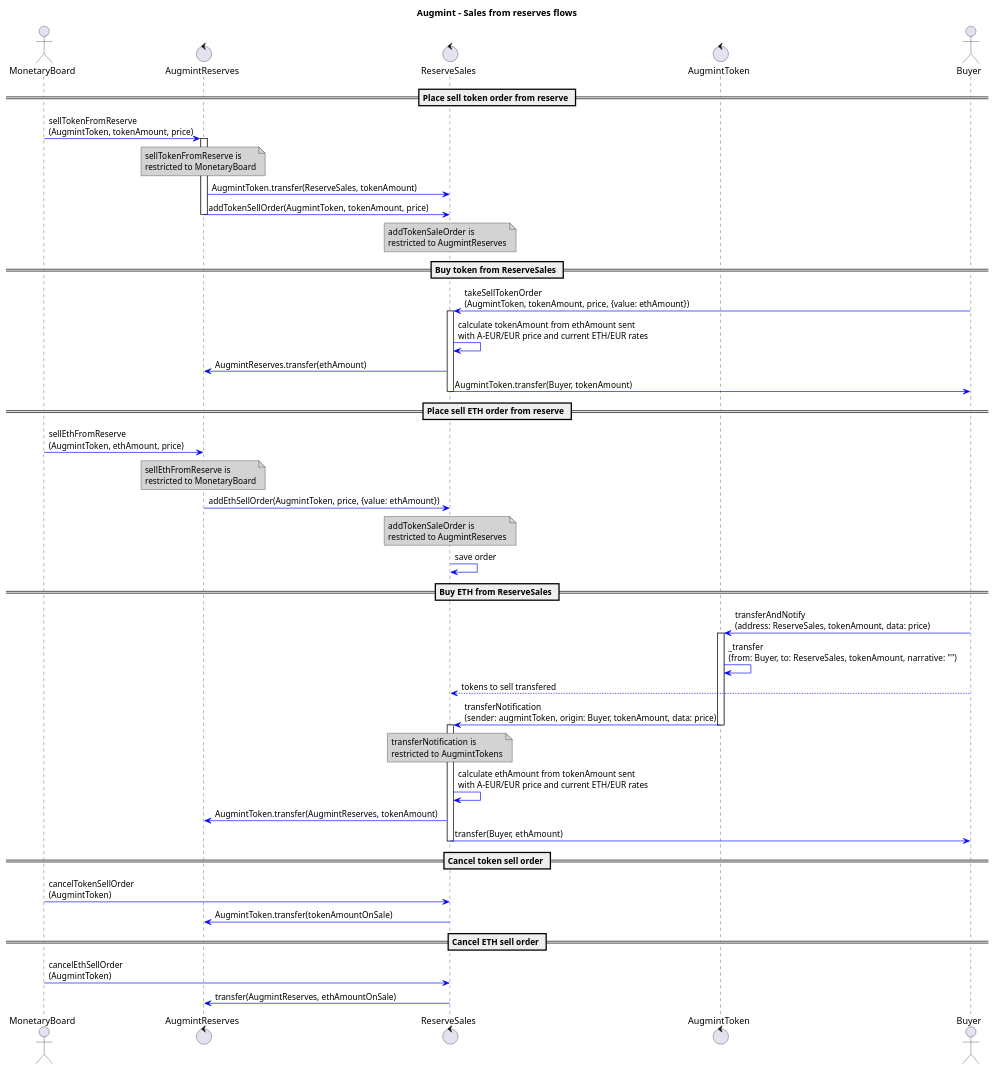
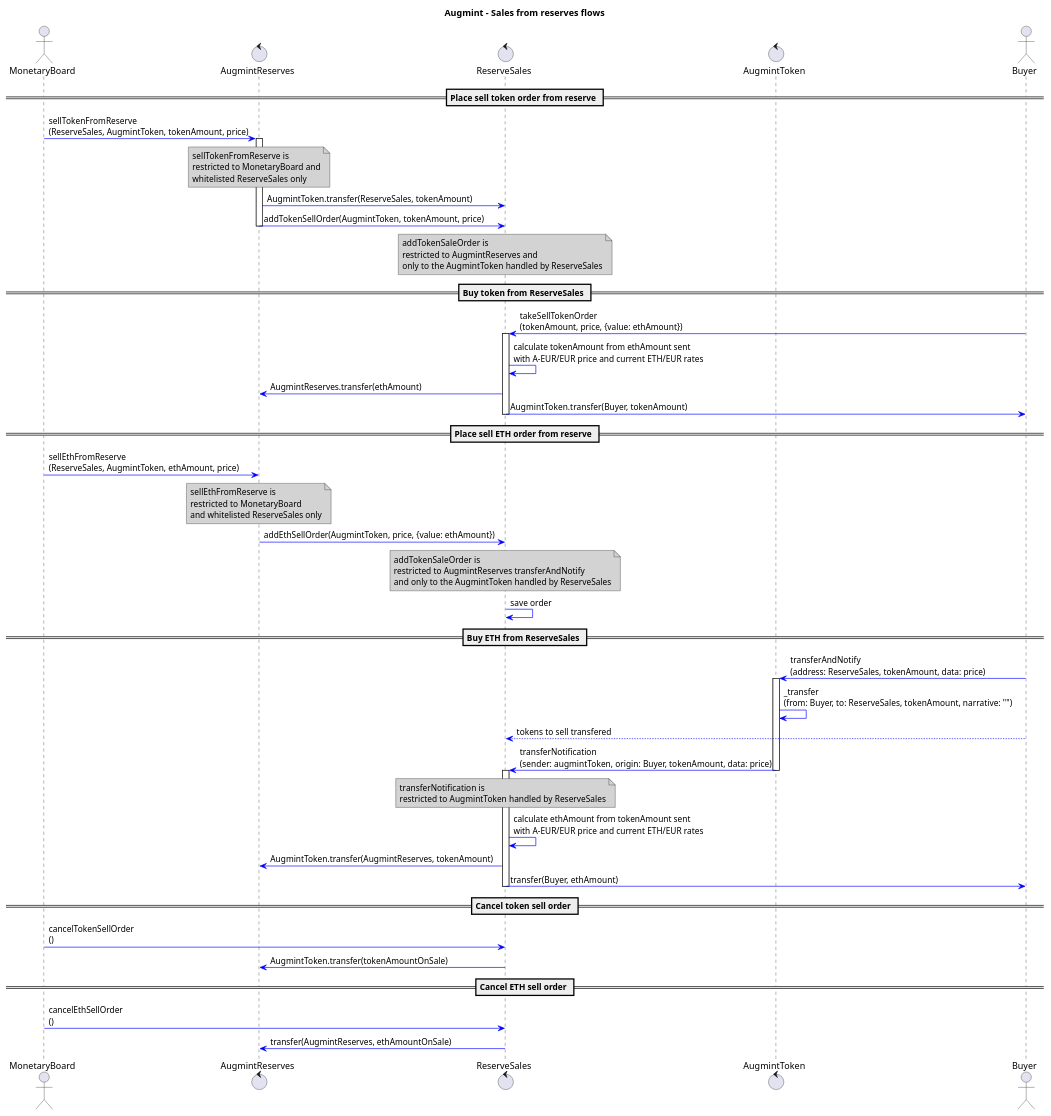
Before and after one commit to Augmint/augmint-contracts: the diagram in docs/reserveSalesFlow.plantuml, drawn with PlantUML. The commit also changed 1 other file, not shown here.

Commit message:
one ReserveSales to handle only one type of AugmintToken #18

```diff
--- a/docs/reserveSalesFlow.plantuml
+++ b/docs/reserveSalesFlow.plantuml
@@ -1,79 +1,83 @@
 @startuml
 title **Augmint** - Sales from reserves flows
 skinparam ArrowColor #blue
 skinparam noteBackgroundColor #lightgrey
 
 actor MonetaryBoard
 control AugmintReserves
 control ReserveSales
 control AugmintToken
 actor Buyer
 
 == Place sell token order from reserve ==
-MonetaryBoard -> AugmintReserves : sellTokenFromReserve\n(AugmintToken, tokenAmount, price)
+MonetaryBoard -> AugmintReserves : sellTokenFromReserve\n(ReserveSales, AugmintToken, tokenAmount, price)
 note over AugmintReserves
     sellTokenFromReserve is
-    restricted to MonetaryBoard
+    restricted to MonetaryBoard and
+    whitelisted ReserveSales only
 end note
 
 activate AugmintReserves
     AugmintReserves -> ReserveSales : AugmintToken.transfer(ReserveSales, tokenAmount)
     AugmintReserves -> ReserveSales : addTokenSellOrder(AugmintToken, tokenAmount, price)
 deactivate AugmintReserves
 
 note over ReserveSales
     addTokenSaleOrder is
-    restricted to AugmintReserves
+    restricted to AugmintReserves and
+    only to the AugmintToken handled by ReserveSales
 end note
 
 == Buy token from ReserveSales ==
-Buyer -> ReserveSales : takeSellTokenOrder\n(AugmintToken, tokenAmount, price, {value: ethAmount})
+Buyer -> ReserveSales : takeSellTokenOrder\n(tokenAmount, price, {value: ethAmount})
 activate ReserveSales
     ReserveSales -> ReserveSales : calculate tokenAmount from ethAmount sent\nwith A-EUR/EUR price and current ETH/EUR rates
     ReserveSales -> AugmintReserves : AugmintReserves.transfer(ethAmount)
     ReserveSales -> Buyer : AugmintToken.transfer(Buyer, tokenAmount)
 deactivate ReserveSales
 
 == Place sell ETH order from reserve ==
-MonetaryBoard -> AugmintReserves : sellEthFromReserve\n(AugmintToken, ethAmount, price)
+MonetaryBoard -> AugmintReserves : sellEthFromReserve\n(ReserveSales, AugmintToken, ethAmount, price)
 note over AugmintReserves
     sellEthFromReserve is
     restricted to MonetaryBoard
+    and whitelisted ReserveSales only
 end note
 
 AugmintReserves -> ReserveSales : addEthSellOrder(AugmintToken, price, {value: ethAmount})
 
 note over ReserveSales
     addTokenSaleOrder is
-    restricted to AugmintReserves
+    restricted to AugmintReserves transferAndNotify
+    and only to the AugmintToken handled by ReserveSales
 end note
 ReserveSales -> ReserveSales : save order
 
 == Buy ETH from ReserveSales ==
 Buyer -> AugmintToken : transferAndNotify\n(address: ReserveSales, tokenAmount, data: price)
 
 activate AugmintToken
     AugmintToken -> AugmintToken : _transfer\n(from: Buyer, to: ReserveSales, tokenAmount, narrative: "")
     Buyer --> ReserveSales : tokens to sell transfered
     AugmintToken -> ReserveSales : transferNotification\n(sender: augmintToken, origin: Buyer, tokenAmount, data: price)
 deactivate AugmintToken
 
 note over ReserveSales
     transferNotification is
-    restricted to AugmintTokens
+    restricted to AugmintToken handled by ReserveSales
 end note
 activate ReserveSales
     ReserveSales -> ReserveSales : calculate ethAmount from tokenAmount sent\nwith A-EUR/EUR price and current ETH/EUR rates
     ReserveSales -> AugmintReserves : AugmintToken.transfer(AugmintReserves, tokenAmount)
     ReserveSales -> Buyer : transfer(Buyer, ethAmount)
 deactivate ReserveSales
 
 == Cancel token sell order ==
-MonetaryBoard -> ReserveSales : cancelTokenSellOrder\n(AugmintToken)
+MonetaryBoard -> ReserveSales : cancelTokenSellOrder\n()
 ReserveSales -> AugmintReserves : AugmintToken.transfer(tokenAmountOnSale)
 
 == Cancel ETH sell order ==
-MonetaryBoard -> ReserveSales : cancelEthSellOrder\n(AugmintToken)
+MonetaryBoard -> ReserveSales : cancelEthSellOrder\n()
 ReserveSales -> AugmintReserves : transfer(AugmintReserves, ethAmountOnSale)
 
 @enduml
```
